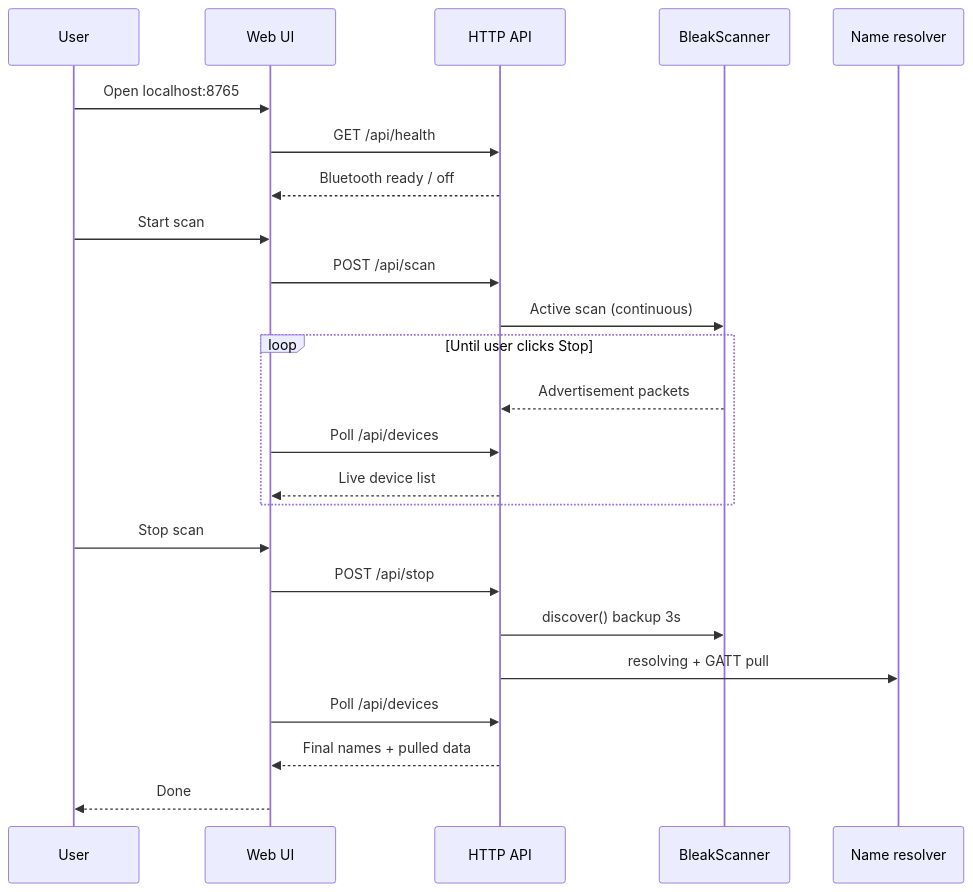
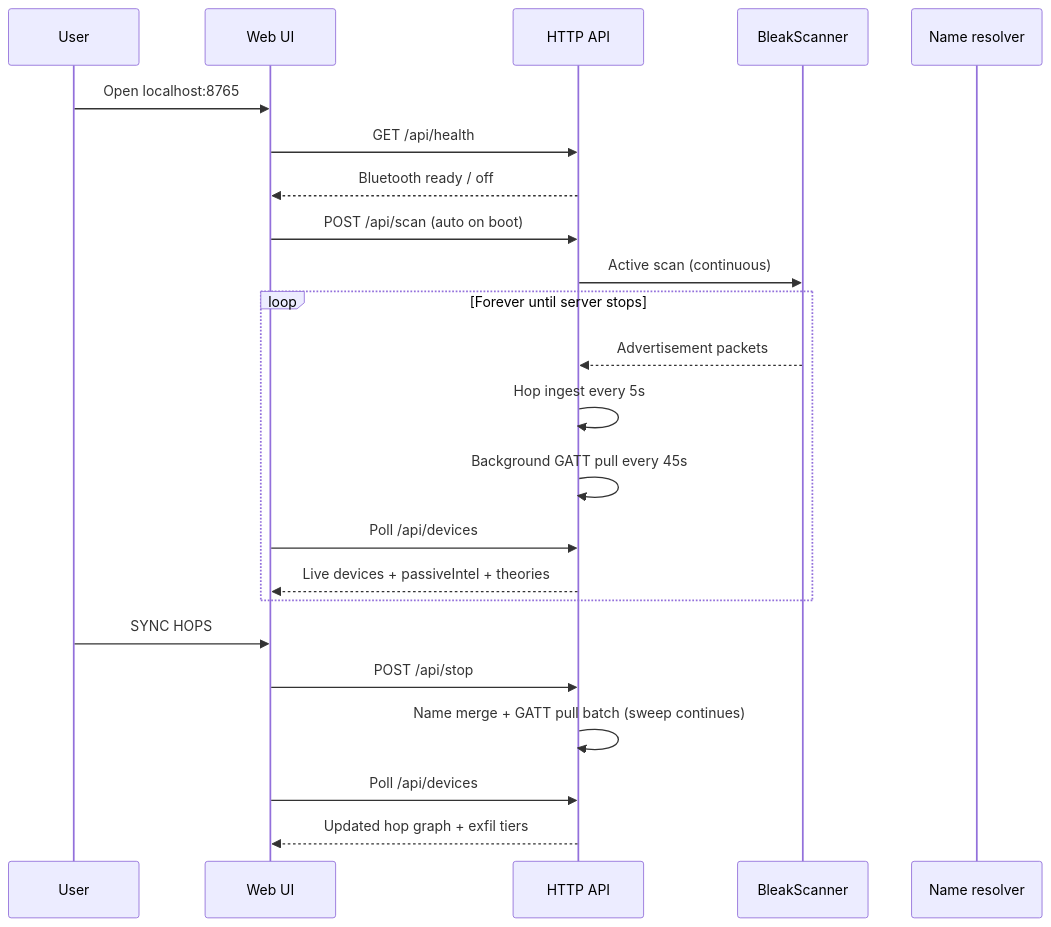
One commit to shep95/bluetooth-scanning changed the second of 6 diagrams in README.md. Above: the diagram before and after it, drawn with Mermaid. The commit also changed other lines of this file and 9 other files, not shown here.

First line of the commit message:
Add unified theory corpus, passive/GATT intel HUD, and security flaw documentation.

````diff
--- a/README.md
+++ b/README.md
@@ -72,28 +74,27 @@
 ```mermaid
 sequenceDiagram
     participant U as User
     participant UI as Web UI
     participant API as HTTP API
     participant S as BleakScanner
     participant N as Name resolver
 
     U->>UI: Open localhost:8765
     UI->>API: GET /api/health
     API-->>UI: Bluetooth ready / off
 
-    U->>UI: Start scan
-    UI->>API: POST /api/scan
+    UI->>API: POST /api/scan (auto on boot)
     API->>S: Active scan (continuous)
-    loop Until user clicks Stop
+    loop Forever until server stops
         S-->>API: Advertisement packets
+        API->>API: Hop ingest every 5s
+        API->>API: Background GATT pull every 45s
         UI->>API: Poll /api/devices
-        API-->>UI: Live device list
+        API-->>UI: Live devices + passiveIntel + theories
     end
-    U->>UI: Stop scan
+    U->>UI: SYNC HOPS
     UI->>API: POST /api/stop
-    API->>S: discover() backup 3s
-    API->>N: resolving + GATT pull
+    API->>API: Name merge + GATT pull batch (sweep continues)
     UI->>API: Poll /api/devices
-    API-->>UI: Final names + pulled data
-    UI-->>U: Done
+    API-->>UI: Updated hop graph + exfil tiers
 ```
````
